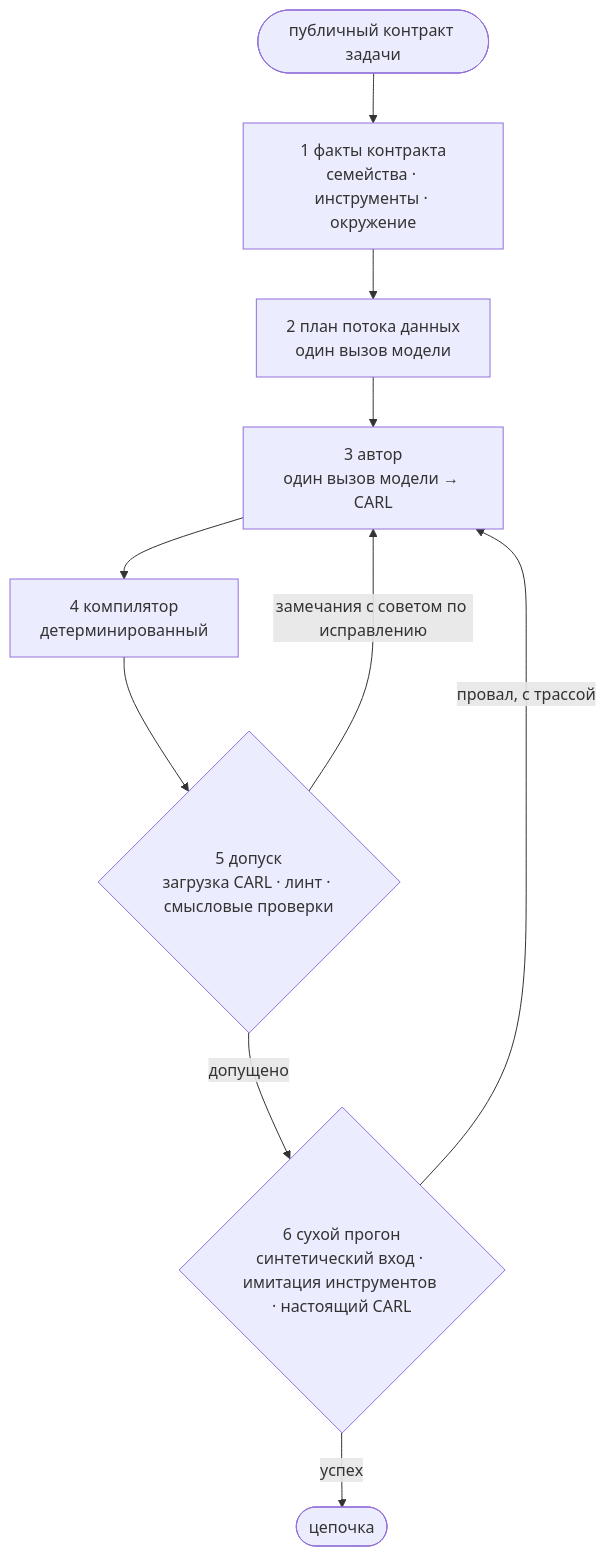
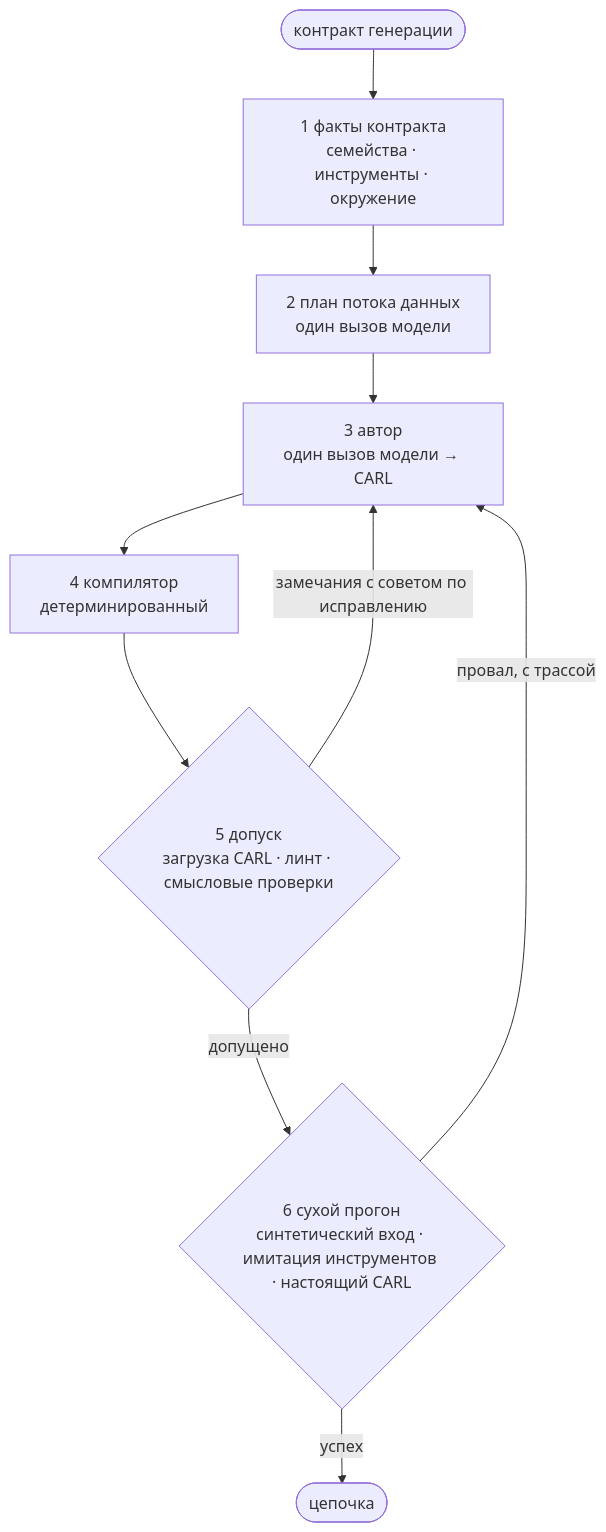
Before and after one commit to pyshka501/care-docs: the diagram in src/content/docs/ru/mage/concepts/v3-generator.md, drawn with Mermaid. The commit also changed other lines of this file and 24 other files, not shown here.

````diff
--- a/src/content/docs/ru/mage/concepts/v3-generator.md
+++ b/src/content/docs/ru/mage/concepts/v3-generator.md
@@ -19,12 +23,12 @@
 ```mermaid
 flowchart TB
-    C([публичный контракт задачи]) --> F["1 факты контракта<br/>семейства · инструменты · окружение"]
+    C([контракт генерации]) --> F["1 факты контракта<br/>семейства · инструменты · окружение"]
     F --> P["2 план потока данных<br/>один вызов модели"]
     P --> A["3 автор<br/>один вызов модели → CARL"]
     A --> K["4 компилятор<br/>детерминированный"]
     K --> Ad{"5 допуск<br/>загрузка CARL · линт · смысловые проверки"}
     Ad -->|замечания с советом по исправлению| A
     Ad -->|допущено| D{"6 сухой прогон<br/>синтетический вход · имитация инструментов · настоящий CARL"}
     D -->|провал, с трассой| A
     D -->|успех| Out([цепочка])
 ```
````
